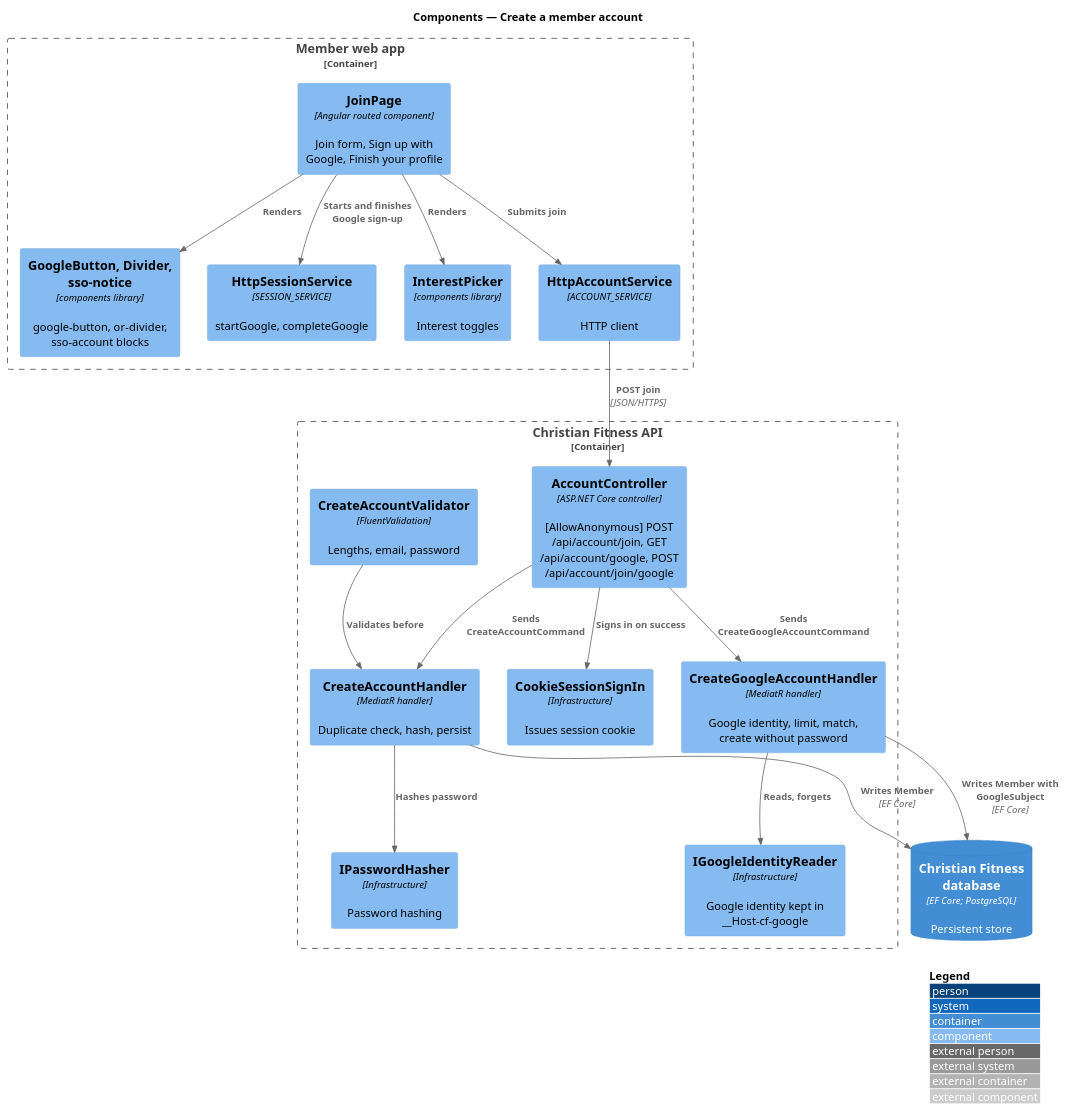
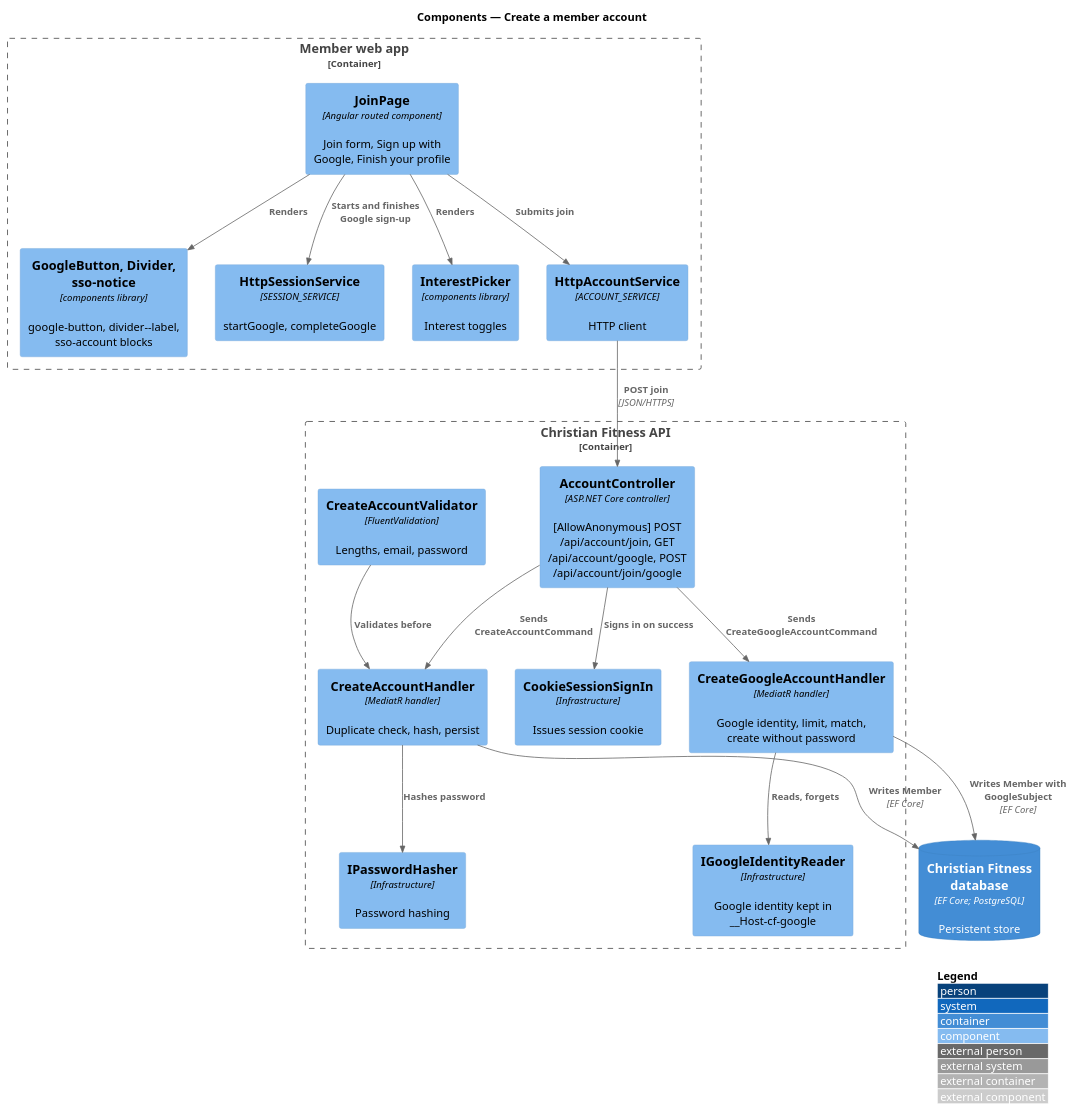
Before and after one commit to QuinntyneBrown/christian-fitness: the diagram in docs/detailed-designs/member-access/create-account/diagrams/c4-component.puml, drawn with PlantUML. The commit also changed 218 other files, not shown here.

```diff
--- a/docs/detailed-designs/member-access/create-account/diagrams/c4-component.puml
+++ b/docs/detailed-designs/member-access/create-account/diagrams/c4-component.puml
@@ -1,37 +1,37 @@
 @startuml
 !include <C4/C4_Component>
 LAYOUT_WITH_LEGEND()
 title Components — Create a member account
 
 Container_Boundary(web, "Member web app") {
   Component(page, "JoinPage", "Angular routed component", "Join form, Sign up with Google, Finish your profile")
-  Component(gui, "GoogleButton, Divider, sso-notice", "components library", "google-button, or-divider, sso-account blocks")
+  Component(gui, "GoogleButton, Divider, sso-notice", "components library", "google-button, divider--label, sso-account blocks")
   Component(ses, "HttpSessionService", "SESSION_SERVICE", "startGoogle, completeGoogle")
   Component(ui, "InterestPicker", "components library", "Interest toggles")
   Component(svc, "HttpAccountService", "ACCOUNT_SERVICE", "HTTP client")
 }
 Container_Boundary(api, "Christian Fitness API") {
   Component(ctrl, "AccountController", "ASP.NET Core controller", "[AllowAnonymous] POST /api/account/join, GET /api/account/google, POST /api/account/join/google")
   Component(gh, "CreateGoogleAccountHandler", "MediatR handler", "Google identity, limit, match, create without password")
   Component(reader, "IGoogleIdentityReader", "Infrastructure", "Google identity kept in __Host-cf-google")
   Component(v, "CreateAccountValidator", "FluentValidation", "Lengths, email, password")
   Component(h, "CreateAccountHandler", "MediatR handler", "Duplicate check, hash, persist")
   Component(hash, "IPasswordHasher", "Infrastructure", "Password hashing")
   Component(sess, "CookieSessionSignIn", "Infrastructure", "Issues session cookie")
 }
 ContainerDb(db, "Christian Fitness database", "EF Core; PostgreSQL", "Persistent store")
 
 Rel(page, ui, "Renders")
 Rel(page, svc, "Submits join")
 Rel(svc, ctrl, "POST join", "JSON/HTTPS")
 Rel(ctrl, h, "Sends CreateAccountCommand")
 Rel(v, h, "Validates before")
 Rel(h, hash, "Hashes password")
 Rel(h, db, "Writes Member", "EF Core")
 Rel(ctrl, sess, "Signs in on success")
 Rel(page, gui, "Renders")
 Rel(page, ses, "Starts and finishes Google sign-up")
 Rel(ctrl, gh, "Sends CreateGoogleAccountCommand")
 Rel(gh, reader, "Reads, forgets")
 Rel(gh, db, "Writes Member with GoogleSubject", "EF Core")
 @enduml
```
